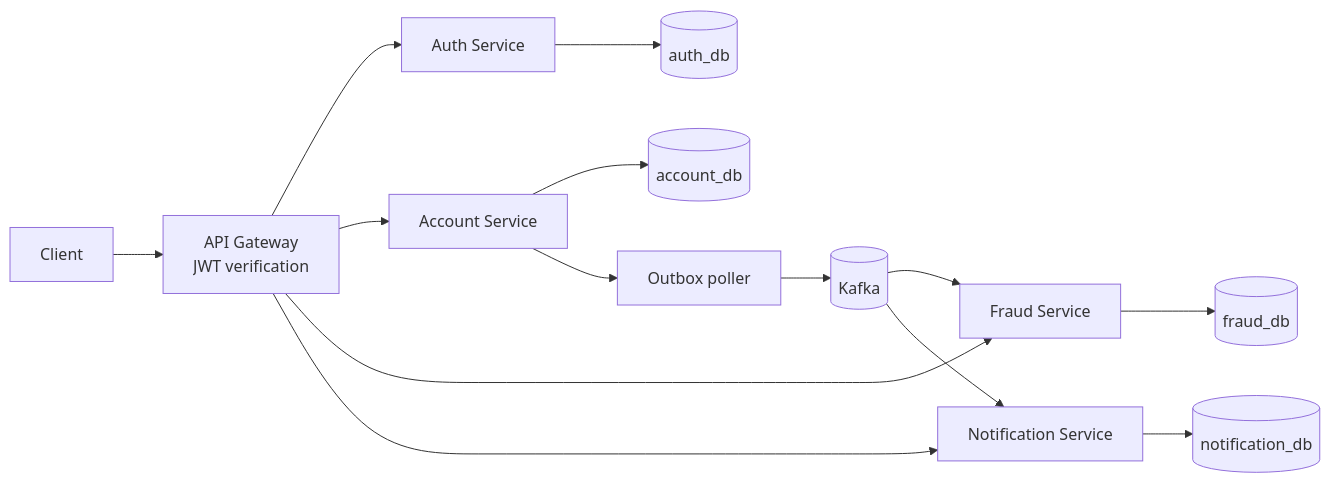
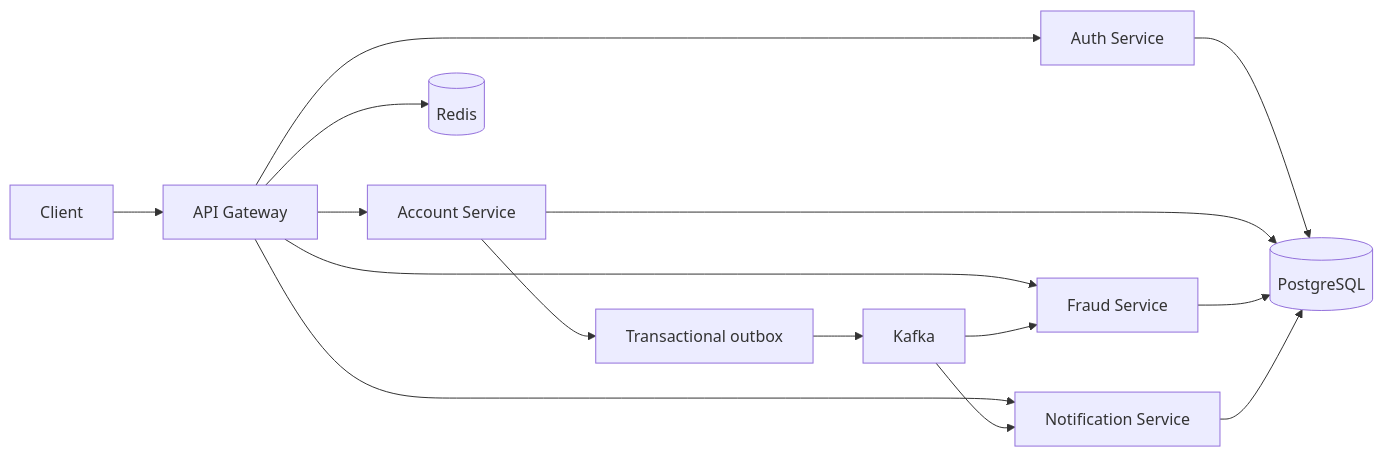
One commit to Shirbad/NexBank changed the diagram in README.md. Above: the diagram before and after it, drawn with Mermaid. The commit also changed other lines of this file, not shown here.

````diff
--- a/README.md
+++ b/README.md
@@ -7,15 +19,17 @@
 ```mermaid
 flowchart LR
-  C[Client] --> G[API Gateway<br/>JWT verification]
-  G --> A[Auth Service]
-  G --> B[Account Service]
-  G --> F[Fraud Service]
-  G --> N[Notification Service]
-  B --> DB[(account_db)]
-  A --> U[(auth_db)]
-  F --> FD[(fraud_db)]
-  N --> ND[(notification_db)]
-  B --> O[Outbox poller] --> K[(Kafka)]
-  K --> F
-  K --> N
+  Client --> Gateway[API Gateway]
+  Gateway --> Auth[Auth Service]
+  Gateway --> Account[Account Service]
+  Gateway --> Fraud[Fraud Service]
+  Gateway --> Notify[Notification Service]
+  Account --> Outbox[Transactional outbox]
+  Outbox --> Kafka
+  Kafka --> Fraud
+  Kafka --> Notify
+  Auth --> Postgres[(PostgreSQL)]
+  Account --> Postgres
+  Fraud --> Postgres
+  Notify --> Postgres
+  Gateway --> Redis[(Redis)]
 ```
````
